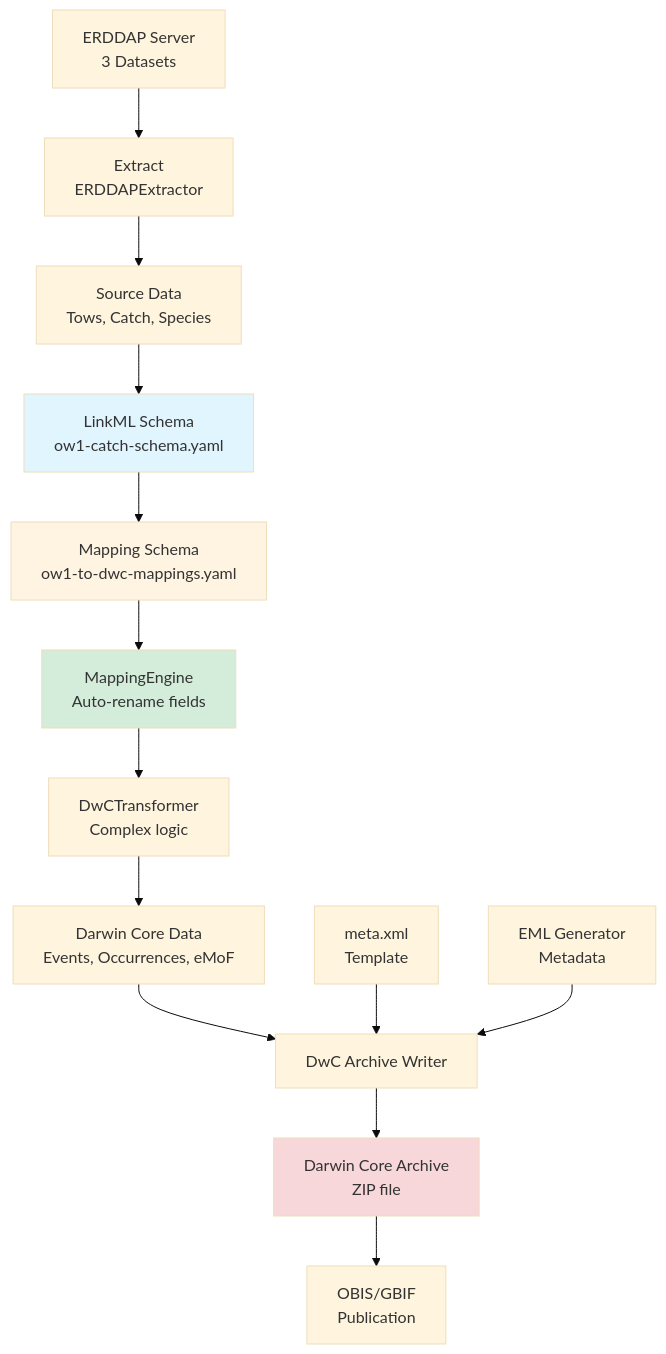
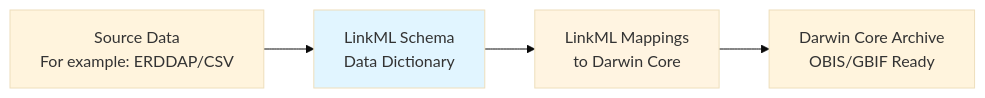
The diagram in docs/workflow.md (sformel/IA_fisheries_trawl), drawn with Mermaid (base theme) before and after one commit. The commit also changed other lines of this file and 4 other files, not shown here.

Commit message:
updated schema document generation

````diff
--- a/docs/workflow.md
+++ b/docs/workflow.md
@@ -7,22 +7,9 @@
 ```mermaid
-flowchart TD
-    A[ERDDAP Server<br/>3 Datasets] --> B[Extract<br/>ERDDAPExtractor]
-    B --> C[Source Data<br/>Tows, Catch, Species]
-    C --> D[LinkML Schema<br/>ow1-catch-schema.yaml]
-    D --> E[Mapping Schema<br/>ow1-to-dwc-mappings.yaml]
-    E --> F[MappingEngine<br/>Auto-rename fields]
-    F --> G[DwCTransformer<br/>Complex logic]
-    G --> H[Darwin Core Data<br/>Events, Occurrences, eMoF]
-    H --> I[DwC Archive Writer]
+graph LR
+    A[Source Data<br/>For example: ERDDAP/CSV] --> B[LinkML Schema<br/>Data Dictionary]
+    B --> C[LinkML Mappings<br/>to Darwin Core]
+    C --> D[Darwin Core Archive<br/>OBIS/GBIF Ready]
     
-    J[meta.xml<br/>Template] --> I
-    K[EML Generator<br/>Metadata] --> I
-    
-    I --> L[Darwin Core Archive<br/>ZIP file]
-    L --> M[OBIS/GBIF<br/>Publication]
-    
-    style D fill:#e1f5ff
-    style E fill:#fff4e1
-    style F fill:#d4edda
-    style L fill:#f8d7da
+    style B fill:#e1f5ff
+    style C fill:#fff4e1
 ```
````
